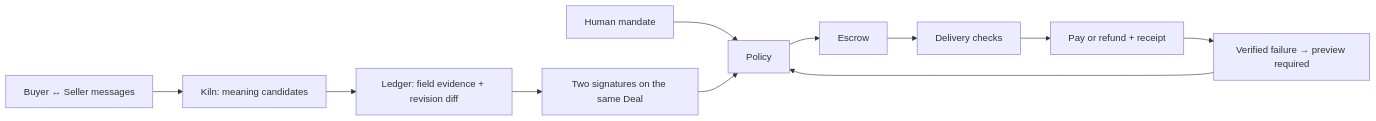
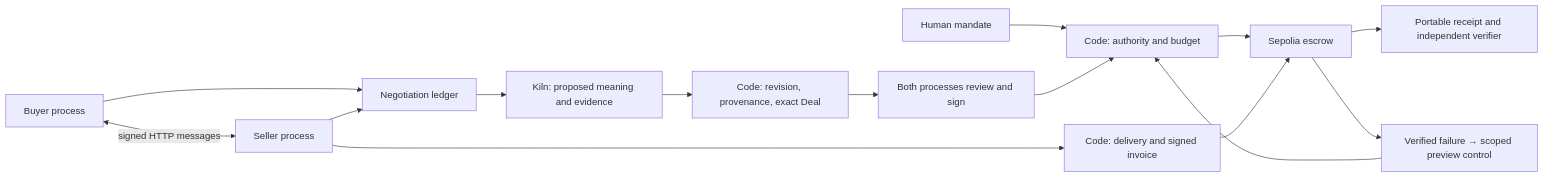
The first of 2 diagrams in README.md (him55710-sudo/Furiosa-x-bricksum), drawn with Mermaid before and after one commit. The commit also changed other lines of this file and 171 other files, not shown here.

Commit message:
Enforce DealTrace delivery and signed billing against bilateral deals

````diff
--- a/README.md
+++ b/README.md
@@ -31,12 +27,16 @@
 ```mermaid
 flowchart LR
- H[Human mandate] --> P[Policy]
- B[Buyer ↔ Seller messages] --> K[Kiln: meaning candidates]
- K --> L[Ledger: field evidence + revision diff]
- L --> C[Two signatures on the same Deal]
- C --> P --> E[Escrow]
- E --> V[Delivery checks]
- V --> O[Pay or refund + receipt]
- O --> M[Verified failure → preview required]
+ H[Human mandate] --> P[Code: authority and budget]
+ B[Buyer process] <-->|signed HTTP messages| S[Seller process]
+ B --> L[Negotiation ledger]
+ S --> L
+ L --> K[Kiln: proposed meaning and evidence]
+ K --> D[Code: revision, provenance, exact Deal]
+ D --> C[Both processes review and sign]
+ C --> P --> E[Sepolia escrow]
+ S --> V[Code: delivery and signed invoice]
+ V --> E
+ E --> A[Portable receipt and independent verifier]
+ E --> M[Verified failure → scoped preview control]
  M --> P
 ```
````
